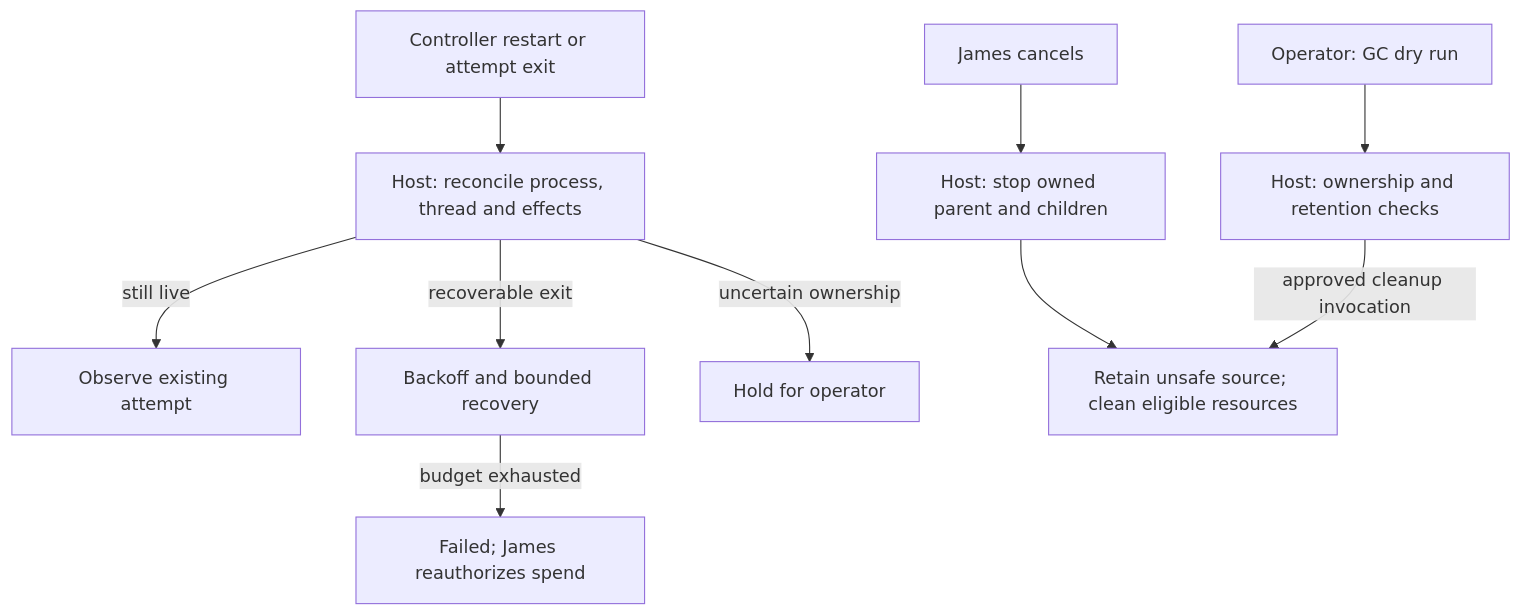
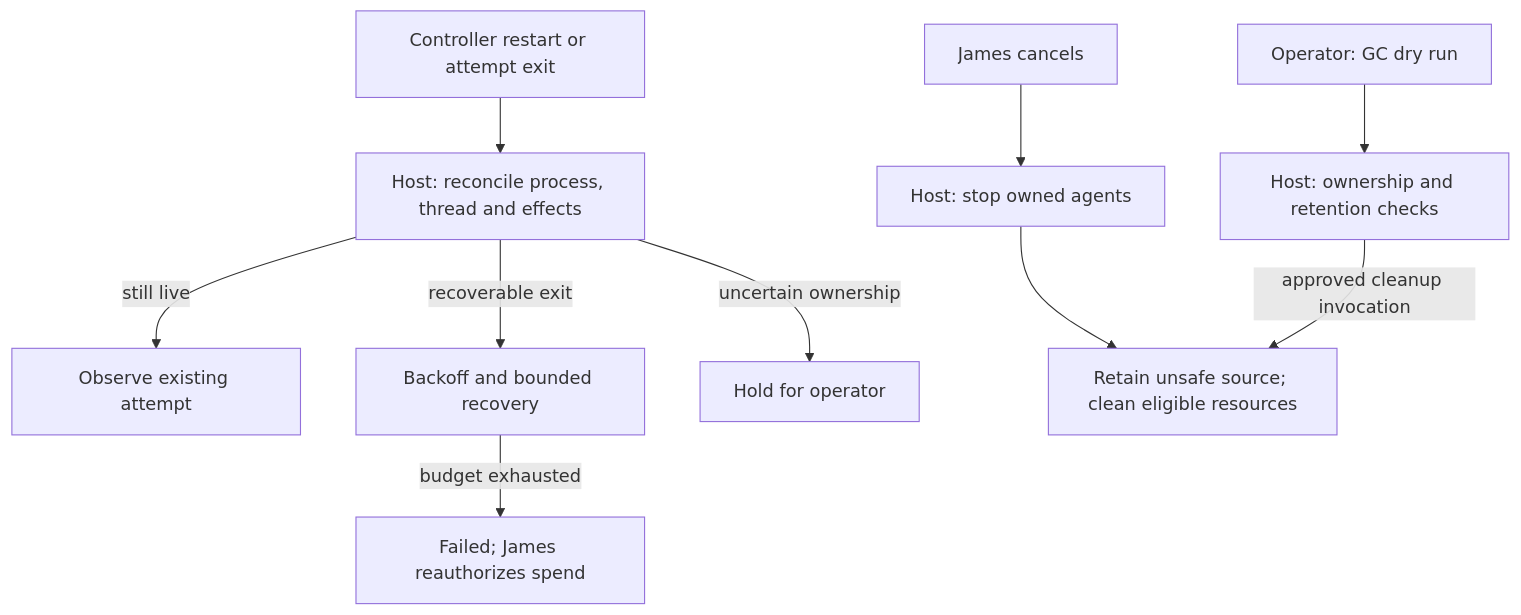
One commit to jchen1707/factory changed the sixth of 8 diagrams in docs/workflows.md. Above: the diagram before and after it, drawn with Mermaid. The commit also changed other lines of this file and 56 other files, not shown here.

````diff
--- a/docs/workflows.md
+++ b/docs/workflows.md
@@ -146,12 +146,12 @@
 ```mermaid
 flowchart TD
   X[Controller restart or attempt exit] --> R[Host: reconcile process, thread and effects]
   R -->|still live| O[Observe existing attempt]
   R -->|recoverable exit| B[Backoff and bounded recovery]
   R -->|uncertain ownership| H[Hold for operator]
   B -->|budget exhausted| F[Failed; James reauthorizes spend]
-  J[James cancels] --> C[Host: stop owned parent and children]
+  J[James cancels] --> C[Host: stop owned agents]
   C --> K[Retain unsafe source; clean eligible resources]
   G[Operator: GC dry run] --> E[Host: ownership and retention checks]
   E -->|approved cleanup invocation| K
 ```
````
